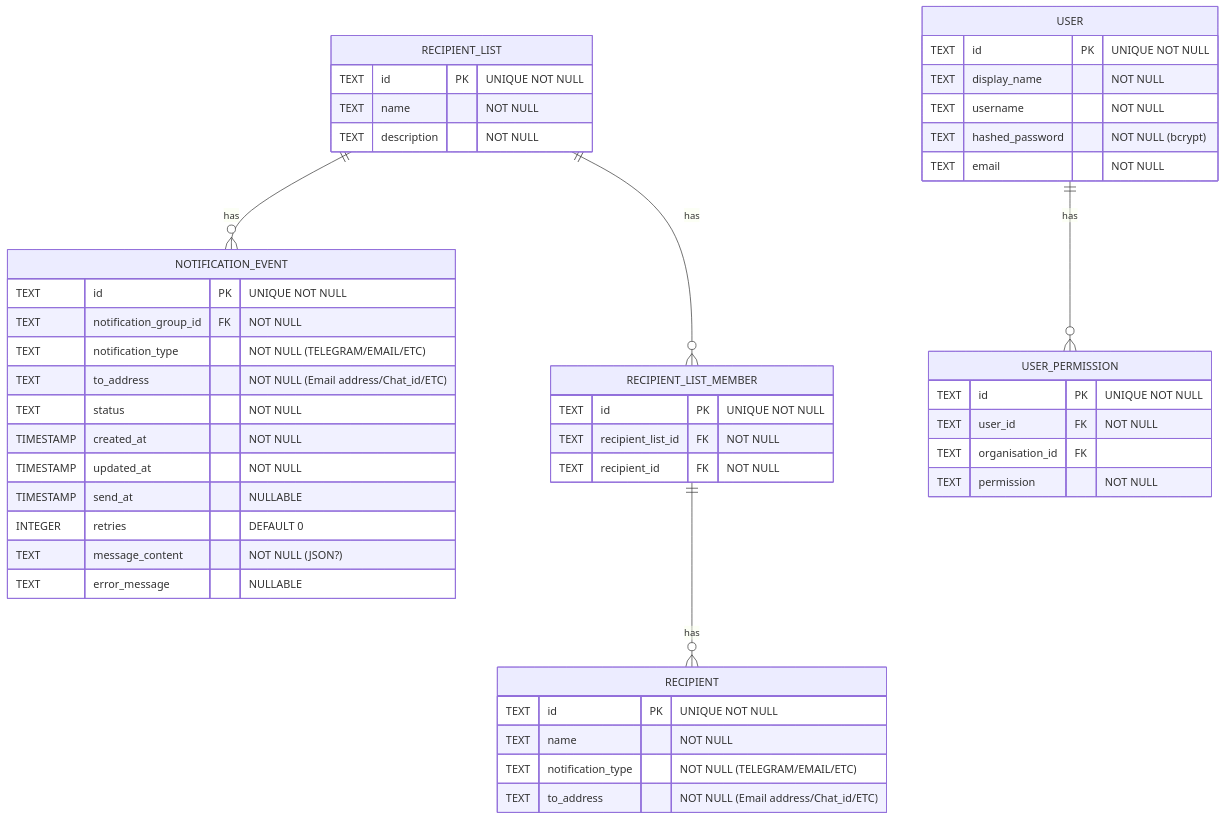
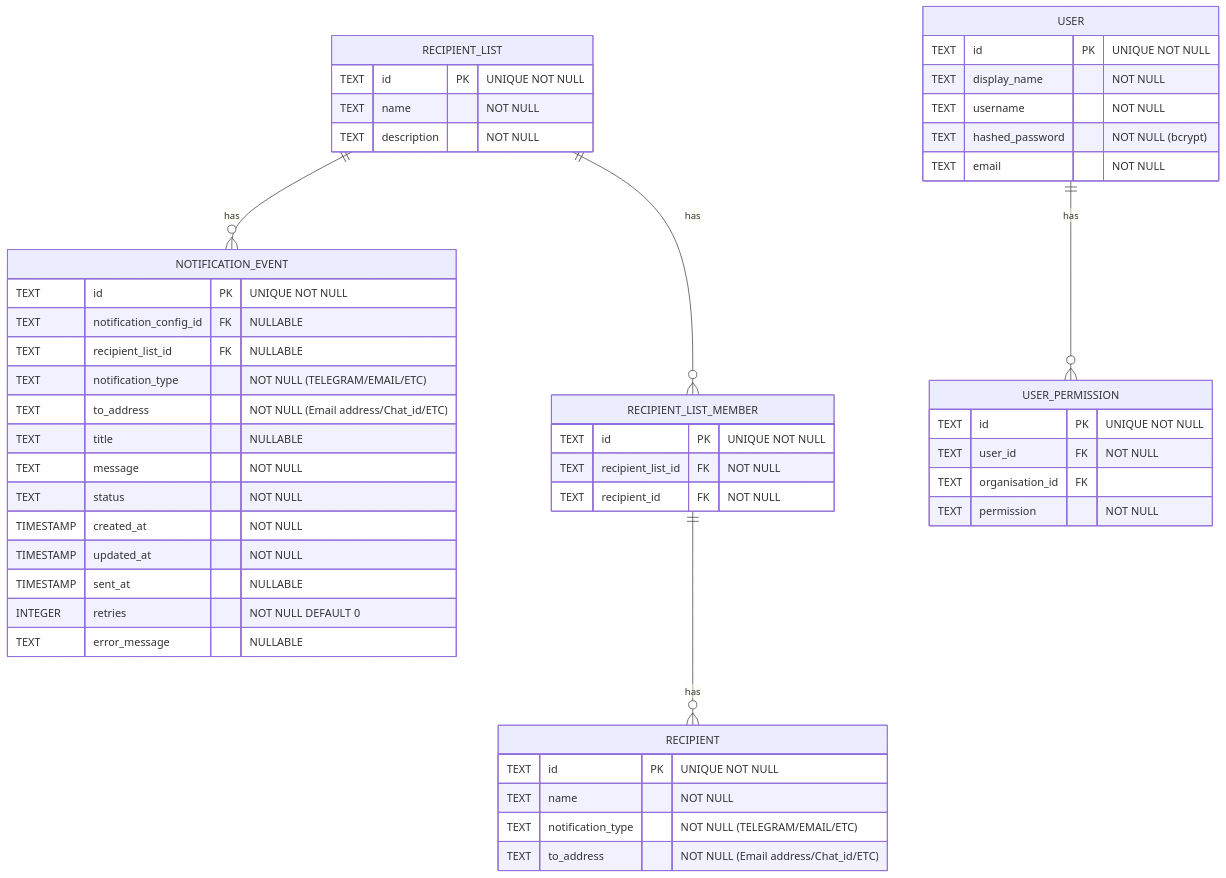
The diagram in docs/schema.md (openmsupply/notify), drawn with Mermaid before and after one commit. The commit also changed 4 other files, not shown here.

````diff
--- a/docs/schema.md
+++ b/docs/schema.md
@@ -10,49 +10,51 @@
 ```mermaid
 erDiagram
     NOTIFICATION_EVENT {
         TEXT id PK "UNIQUE NOT NULL"
-        TEXT notification_group_id FK "NOT NULL"
+        TEXT notification_config_id FK "NULLABLE"
+        TEXT recipient_list_id FK "NULLABLE"
         TEXT notification_type "NOT NULL (TELEGRAM/EMAIL/ETC)"
         TEXT to_address "NOT NULL (Email address/Chat_id/ETC)"
+        TEXT title "NULLABLE"
+        TEXT message "NOT NULL"
         TEXT status "NOT NULL"
         TIMESTAMP created_at "NOT NULL"
         TIMESTAMP updated_at "NOT NULL"
-        TIMESTAMP send_at "NULLABLE"
-        INTEGER retries "DEFAULT 0"
-        TEXT message_content "NOT NULL (JSON?)"
+        TIMESTAMP sent_at "NULLABLE"
+        INTEGER retries "NOT NULL DEFAULT 0"
         TEXT error_message "NULLABLE"
     }
     RECIPIENT_LIST {
         TEXT id PK "UNIQUE NOT NULL"
         TEXT name "NOT NULL"
         TEXT description "NOT NULL"
     }
     RECIPIENT_LIST_MEMBER {
         TEXT id PK "UNIQUE NOT NULL"
         TEXT recipient_list_id FK "NOT NULL"
         TEXT recipient_id FK "NOT NULL"
     }
     RECIPIENT {
         TEXT id PK "UNIQUE NOT NULL"
         TEXT name "NOT NULL"
         TEXT notification_type "NOT NULL (TELEGRAM/EMAIL/ETC)"
         TEXT to_address "NOT NULL (Email address/Chat_id/ETC)"
     }
     USER {
 	    TEXT id PK "UNIQUE NOT NULL"
 	    TEXT display_name "NOT NULL"
         TEXT username  "NOT NULL"
         TEXT hashed_password "NOT NULL (bcrypt)"
         TEXT email "NOT NULL"
     }
     USER_PERMISSION {
 	    TEXT id PK "UNIQUE NOT NULL"
         TEXT user_id FK "NOT NULL"
         TEXT organisation_id FK ""
 	    TEXT permission "NOT NULL"
     }
     RECIPIENT_LIST ||--o{ NOTIFICATION_EVENT : has
     RECIPIENT_LIST ||--o{ RECIPIENT_LIST_MEMBER : has
     RECIPIENT_LIST_MEMBER ||--o{ RECIPIENT : has
     USER ||--o{ USER_PERMISSION : has
 ```
````
